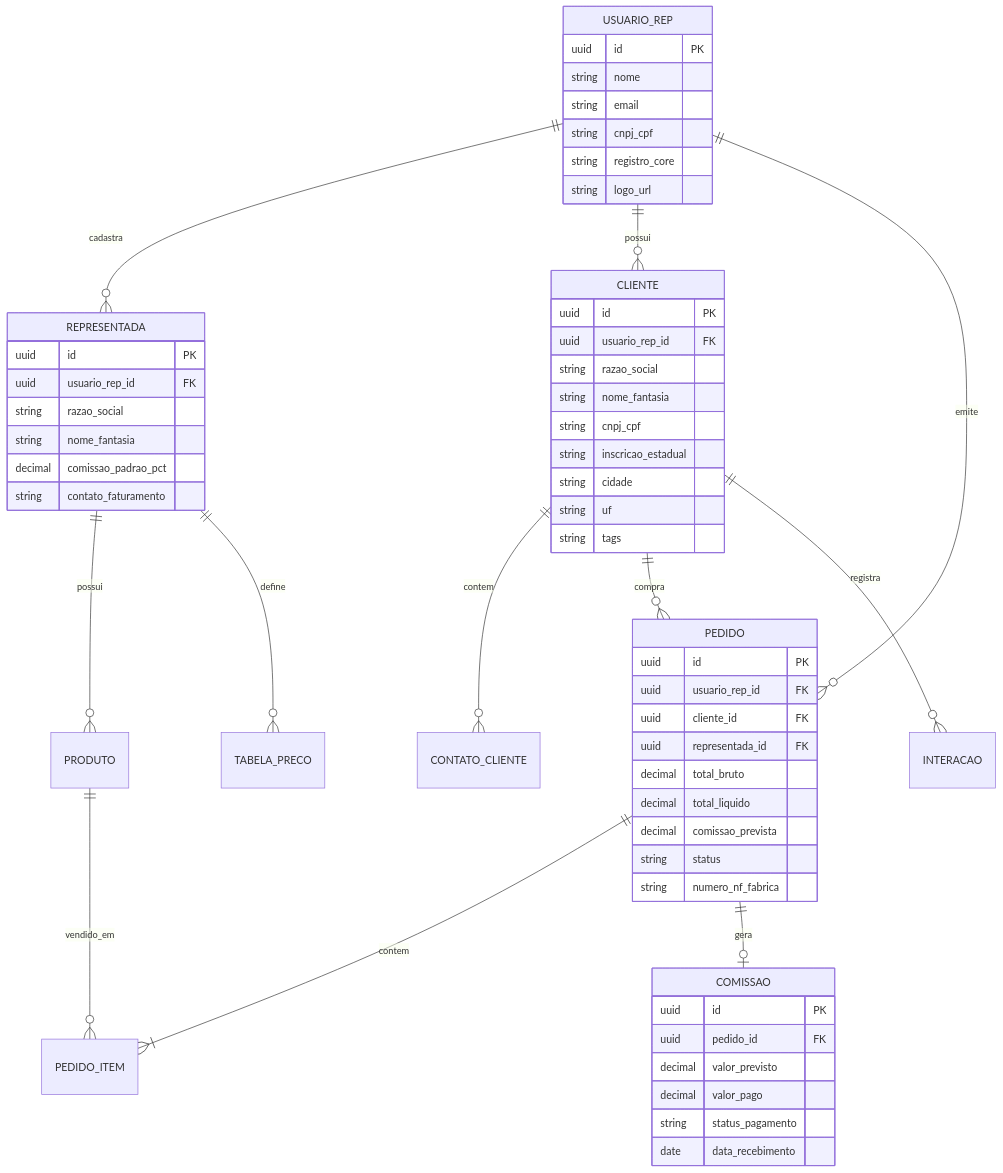
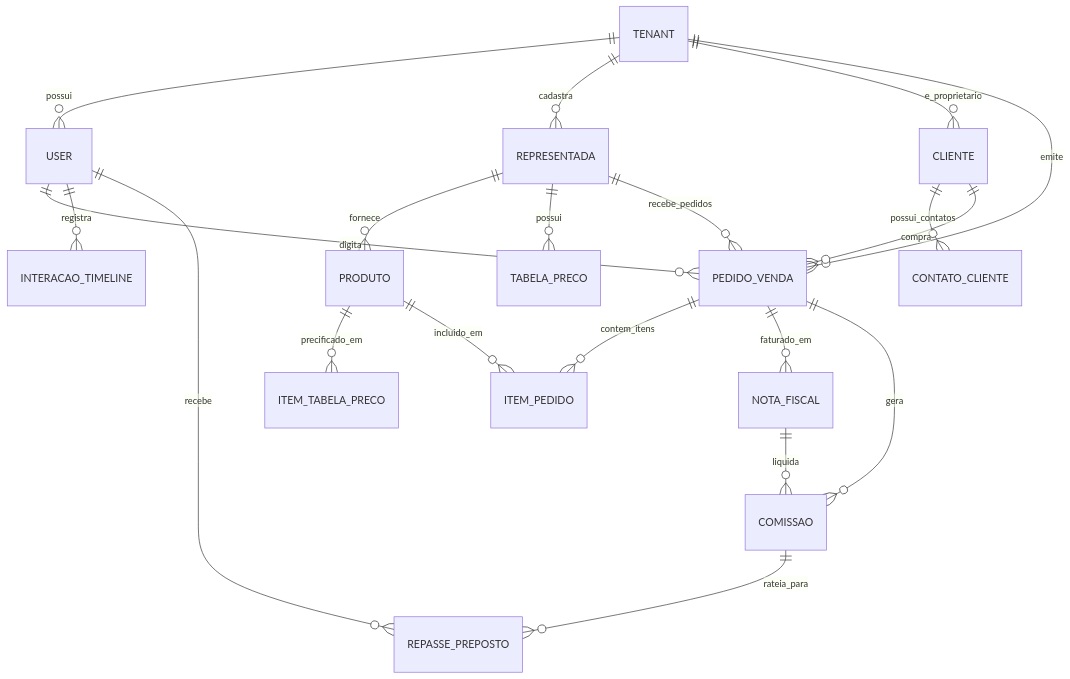
One commit to fabiooliveir/crm-rc changed the diagram in docs/wiki/04-Modelagem-de-Dados-e-Entidades.md. Above: the diagram before and after it, drawn with Mermaid. The commit also changed other lines of this file and 2 other files, not shown here.

Commit message:
docs(requirements): modela dominio conceitual e entidades de negocio (#15)

````diff
--- a/docs/wiki/04-Modelagem-de-Dados-e-Entidades.md
+++ b/docs/wiki/04-Modelagem-de-Dados-e-Entidades.md
@@ -5,65 +11,28 @@
 ```mermaid
 erDiagram
-    USUARIO_REP ||--o{ REPRESENTADA : cadastra
-    USUARIO_REP ||--o{ CLIENTE : possui
-    USUARIO_REP ||--o{ PEDIDO : emite
-    REPRESENTADA ||--o{ PRODUTO : possui
-    REPRESENTADA ||--o{ TABELA_PRECO : define
-    CLIENTE ||--o{ CONTATO_CLIENTE : contem
-    CLIENTE ||--o{ PEDIDO : compra
-    PEDIDO ||--|{ PEDIDO_ITEM : contem
-    PRODUTO ||--o{ PEDIDO_ITEM : vendido_em
-    PEDIDO ||--o| COMISSAO : gera
-    CLIENTE ||--o{ INTERACAO : registra
+    TENANT ||--o{ USER : "possui"
+    TENANT ||--o{ REPRESENTADA : "cadastra"
+    TENANT ||--o{ CLIENTE : "e_proprietario"
+    TENANT ||--o{ PEDIDO_VENDA : "emite"
 
-    USUARIO_REP {
-        uuid id PK
-        string nome
-        string email
-        string cnpj_cpf
-        string registro_core
-        string logo_url
-    }
+    USER ||--o{ PEDIDO_VENDA : "digita"
+    USER ||--o{ INTERACAO_TIMELINE : "registra"
+    USER ||--o{ REPASSE_PREPOSTO : "recebe"
 
-    REPRESENTADA {
-        uuid id PK
-        uuid usuario_rep_id FK
-        string razao_social
-        string nome_fantasia
-        decimal comissao_padrao_pct
-        string contato_faturamento
-    }
+    REPRESENTADA ||--o{ PRODUTO : "fornece"
+    REPRESENTADA ||--o{ TABELA_PRECO : "possui"
+    REPRESENTADA ||--o{ PEDIDO_VENDA : "recebe_pedidos"
 
-    CLIENTE {
-        uuid id PK
-        uuid usuario_rep_id FK
-        string razao_social
-        string nome_fantasia
-        string cnpj_cpf
-        string inscricao_estadual
-        string cidade
-        string uf
-        string tags
-    }
+    PRODUTO ||--o{ ITEM_TABELA_PRECO : "precificado_em"
+    PRODUTO ||--o{ ITEM_PEDIDO : "incluido_em"
 
-    PEDIDO {
-        uuid id PK
-        uuid usuario_rep_id FK
-        uuid cliente_id FK
-        uuid representada_id FK
-        decimal total_bruto
-        decimal total_liquido
-        decimal comissao_prevista
-        string status
-        string numero_nf_fabrica
-    }
+    CLIENTE ||--o{ CONTATO_CLIENTE : "possui_contatos"
+    CLIENTE ||--o{ PEDIDO_VENDA : "compra"
 
-    COMISSAO {
-        uuid id PK
-        uuid pedido_id FK
-        decimal valor_previsto
-        decimal valor_pago
-        string status_pagamento
-        date data_recebimento
-    }
+    PEDIDO_VENDA ||--o{ ITEM_PEDIDO : "contem_itens"
+    PEDIDO_VENDA ||--o{ NOTA_FISCAL : "faturado_em"
+    PEDIDO_VENDA ||--o{ COMISSAO : "gera"
+
+    NOTA_FISCAL ||--o{ COMISSAO : "liquida"
+    COMISSAO ||--o{ REPASSE_PREPOSTO : "rateia_para"
 ```
````
